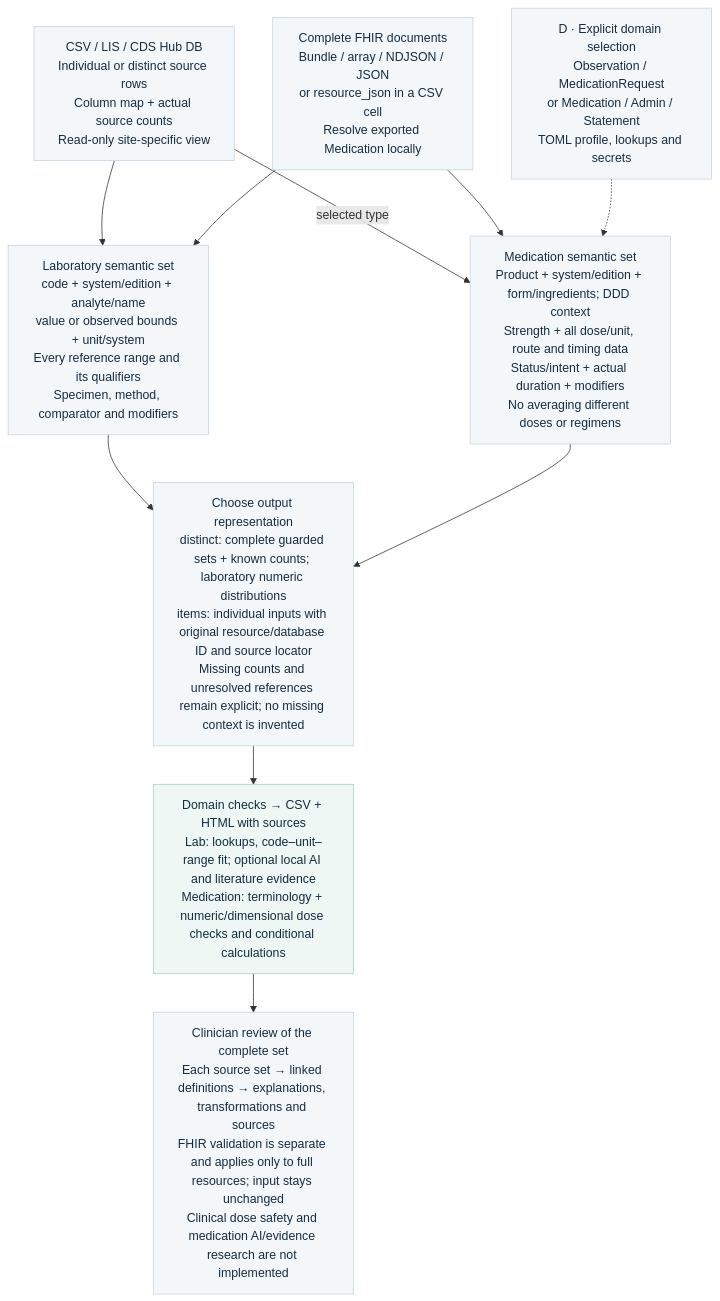
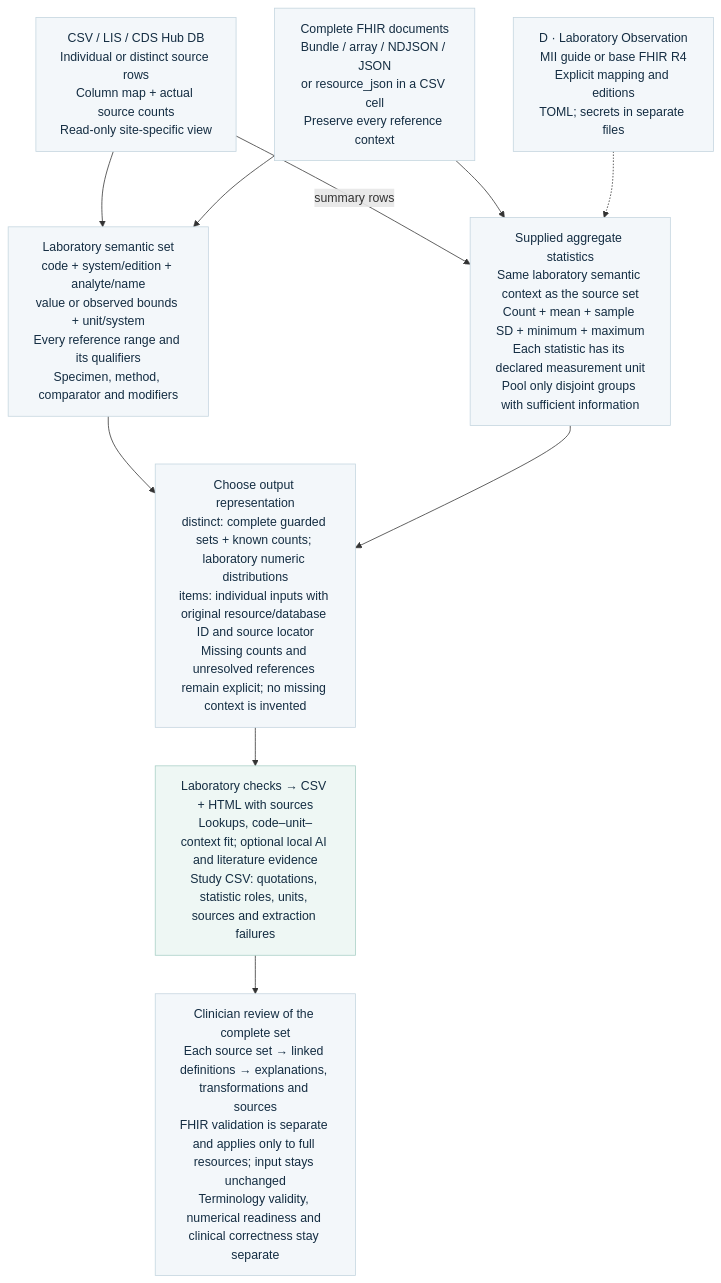
The diagram in docs/batch-flow.mmd (neumdan/semantic-plausibility), drawn with Mermaid before and after one commit. The commit also changed 66 other files, not shown here.

Commit message:
Improve laboratory workflow, evidence reports and documentation

```diff
--- a/docs/batch-flow.mmd
+++ b/docs/batch-flow.mmd
@@ -1,24 +1,24 @@
 %% Same node/edge contract as batch-flow.svg.
 flowchart TD
     CSV["CSV / LIS / CDS Hub DB<br/>Individual or distinct source rows<br/>Column map + actual source counts<br/>Read-only site-specific view"]
-    FHIR["Complete FHIR documents<br/>Bundle / array / NDJSON / JSON<br/>or resource_json in a CSV cell<br/>Resolve exported Medication locally"]
-    CONFIG["D · Explicit domain selection<br/>Observation / MedicationRequest<br/>or Medication / Admin / Statement<br/>TOML profile, lookups and secrets"]
+    FHIR["Complete FHIR documents<br/>Bundle / array / NDJSON / JSON<br/>or resource_json in a CSV cell<br/>Preserve every reference context"]
+    CONFIG["D · Laboratory Observation<br/>MII guide or base FHIR R4<br/>Explicit mapping and editions<br/>TOML; secrets in separate files"]
     LAB["Laboratory semantic set<br/>code + system/edition + analyte/name<br/>value or observed bounds + unit/system<br/>Every reference range and its qualifiers<br/>Specimen, method, comparator and modifiers"]
-    MED["Medication semantic set<br/>Product + system/edition + form/ingredients; DDD context<br/>Strength + all dose/unit, route and timing data<br/>Status/intent + actual duration + modifiers<br/>No averaging different doses or regimens"]
+    STATS["Supplied aggregate statistics<br/>Same laboratory semantic context as the source set<br/>Count + mean + sample SD + minimum + maximum<br/>Each statistic has its declared measurement unit<br/>Pool only disjoint groups with sufficient information"]
     GROUP["Choose output representation<br/>distinct: complete guarded sets + known counts; laboratory numeric distributions<br/>items: individual inputs with original resource/database ID and source locator<br/>Missing counts and unresolved references remain explicit; no missing context is invented"]
-    CHECK["Domain checks → CSV + HTML with sources<br/>Lab: lookups, code–unit–range fit; optional local AI and literature evidence<br/>Medication: terminology + numeric/dimensional dose checks and conditional calculations"]
-    REVIEW["Clinician review of the complete set<br/>Each source set → linked definitions → explanations, transformations and sources<br/>FHIR validation is separate and applies only to full resources; input stays unchanged<br/>Clinical dose safety and medication AI/evidence research are not implemented"]
+    CHECK["Laboratory checks → CSV + HTML with sources<br/>Lookups, code–unit–context fit; optional local AI and literature evidence<br/>Study CSV: quotations, statistic roles, units, sources and extraction failures"]
+    REVIEW["Clinician review of the complete set<br/>Each source set → linked definitions → explanations, transformations and sources<br/>FHIR validation is separate and applies only to full resources; input stays unchanged<br/>Terminology validity, numerical readiness and clinical correctness stay separate"]
     CSV --> LAB
-    CSV --> |"selected type"| MED
+    CSV --> |"summary rows"| STATS
     FHIR --> LAB
-    FHIR --> MED
-    CONFIG -.-> MED
+    FHIR --> STATS
+    CONFIG -.-> STATS
     LAB --> GROUP
-    MED --> GROUP
+    STATS --> GROUP
     GROUP --> CHECK
     CHECK --> REVIEW
     classDef normal fill:#f3f7fa,stroke:#c4d5df,color:#142d42
-    class CSV,FHIR,CONFIG,LAB,MED,GROUP,REVIEW normal
+    class CSV,FHIR,CONFIG,LAB,STATS,GROUP,REVIEW normal
     classDef teal fill:#eef7f4,stroke:#a8cfc6,color:#142d42
     class CHECK teal
     classDef error fill:#fcf1f3,stroke:#ecc7cf,color:#142d42
```
